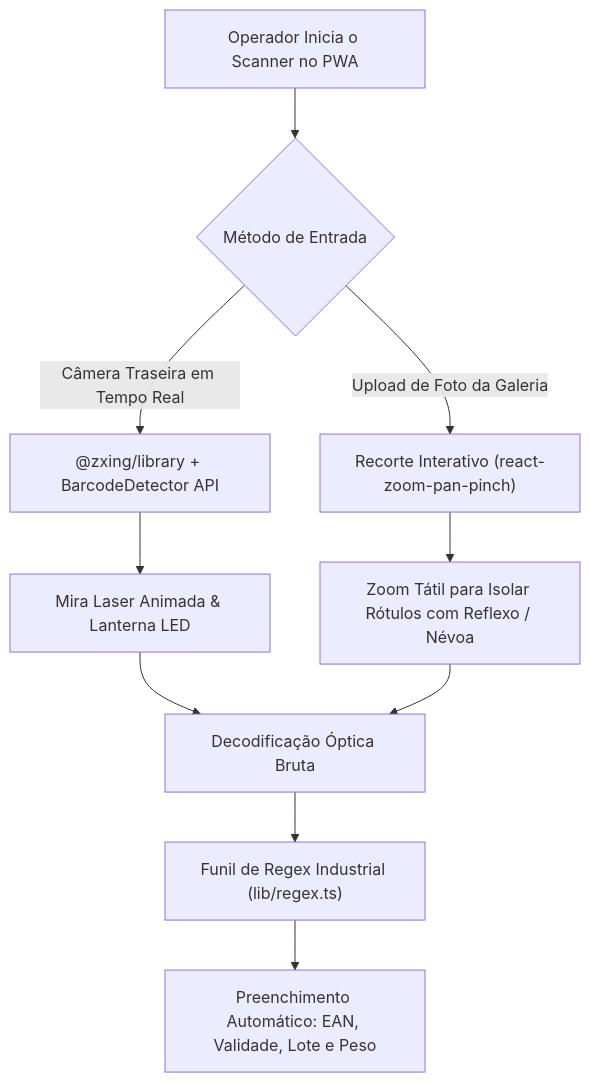
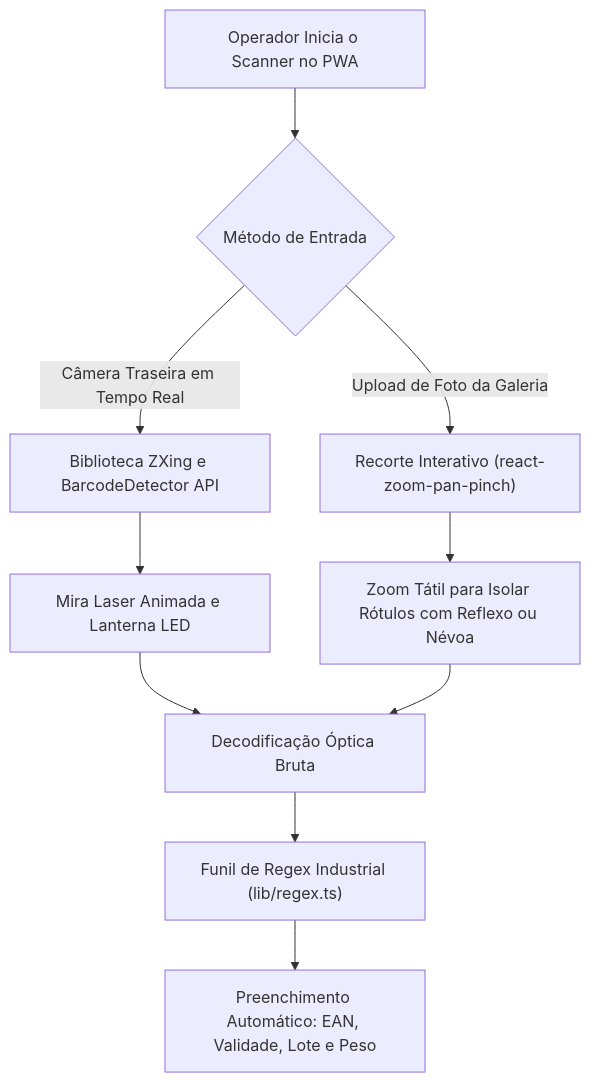
The diagram in docs/pwa-scanner-regex.md (NaejBarbosa/paletscan-etl), drawn with Mermaid before and after one commit. The commit also changed 6 other files, not shown here.

Commit message:
fix(docs): corrigir sintaxe do Mermaid e compatibilidade total com versao 11.17

````diff
--- a/docs/pwa-scanner-regex.md
+++ b/docs/pwa-scanner-regex.md
@@ -9,16 +9,16 @@
 ```mermaid
 flowchart TD
     A["Operador Inicia o Scanner no PWA"] --> B{"Método de Entrada"}
     
-    B -->|Câmera Traseira em Tempo Real| C["@zxing/library + BarcodeDetector API"]
+    B -->|Câmera Traseira em Tempo Real| C["Biblioteca ZXing e BarcodeDetector API"]
     B -->|Upload de Foto da Galeria| D["Recorte Interativo (react-zoom-pan-pinch)"]
     
-    C --> E["Mira Laser Animada & Lanterna LED"]
-    D --> F["Zoom Tátil para Isolar Rótulos com Reflexo / Névoa"]
+    C --> E["Mira Laser Animada e Lanterna LED"]
+    D --> F["Zoom Tátil para Isolar Rótulos com Reflexo ou Névoa"]
     
     E --> G["Decodificação Óptica Bruta"]
     F --> G
     
     G --> H["Funil de Regex Industrial (lib/regex.ts)"]
     H --> I["Preenchimento Automático: EAN, Validade, Lote e Peso"]
 ```
````
